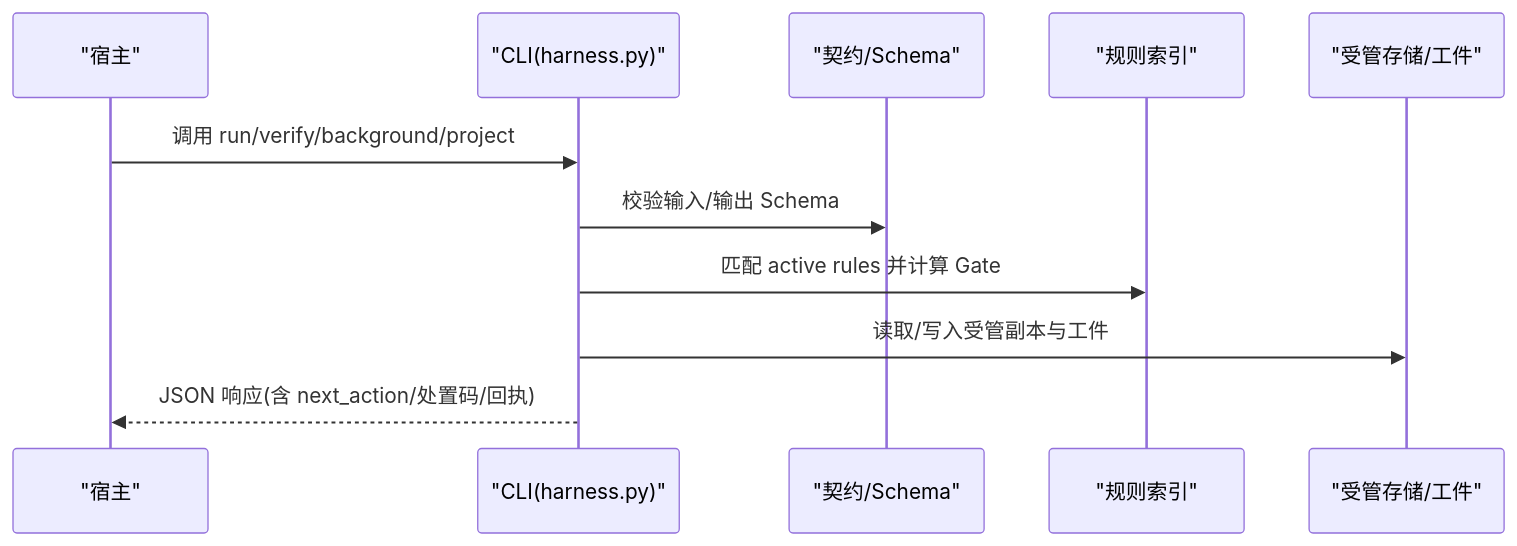
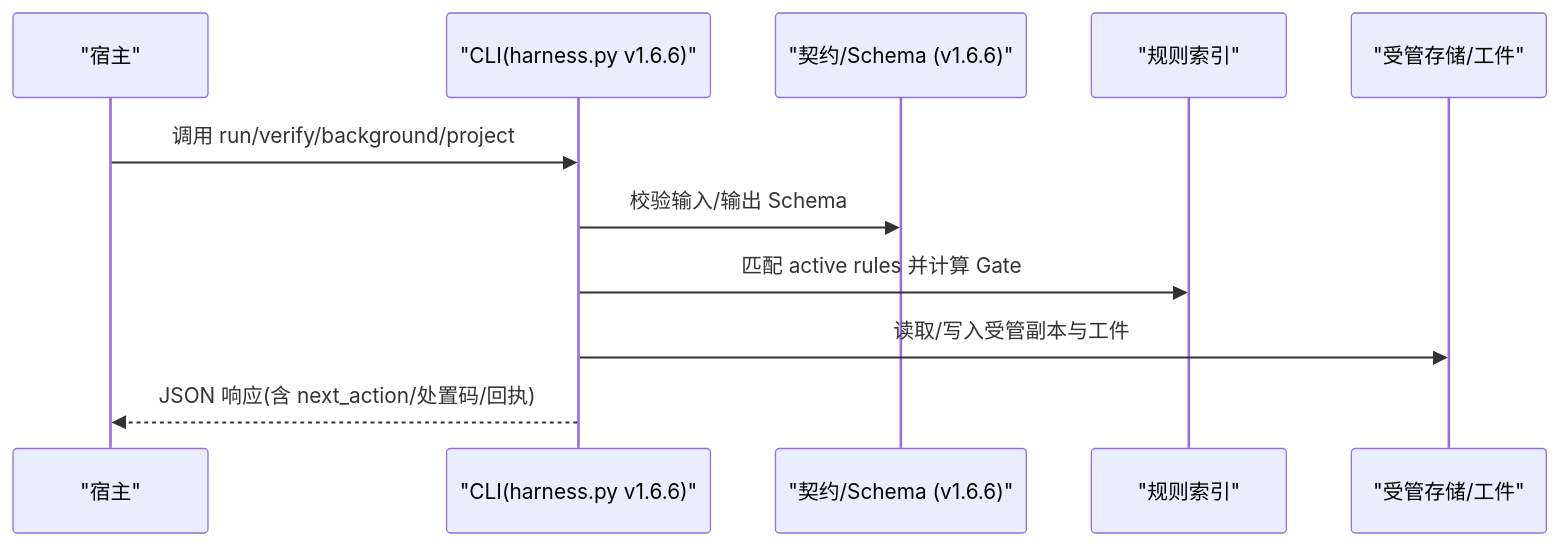
The second of 3 diagrams in .qoder/repowiki/zh/content/API参考/API参考.md (HackSing/docs-harness), drawn with Mermaid before and after one commit. The commit also changed other lines of this file and 32 other files, not shown here.

````diff
--- a/.qoder/repowiki/zh/content/API参考/API参考.md
+++ b/.qoder/repowiki/zh/content/API参考/API参考.md
@@ -82,13 +97,13 @@
 ```mermaid
 sequenceDiagram
 participant Host as "宿主"
-participant CLI as "CLI(harness.py)"
-participant Contract as "契约/Schema"
+participant CLI as "CLI(harness.py v1.6.6)"
+participant Contract as "契约/Schema (v1.6.6)"
 participant Rules as "规则索引"
 participant Store as "受管存储/工件"
 Host->>CLI : 调用 run/verify/background/project
 CLI->>Contract : 校验输入/输出 Schema
 CLI->>Rules : 匹配 active rules 并计算 Gate
 CLI->>Store : 读取/写入受管副本与工件
 CLI-->>Host : JSON 响应(含 next_action/处置码/回执)
 ```
````
